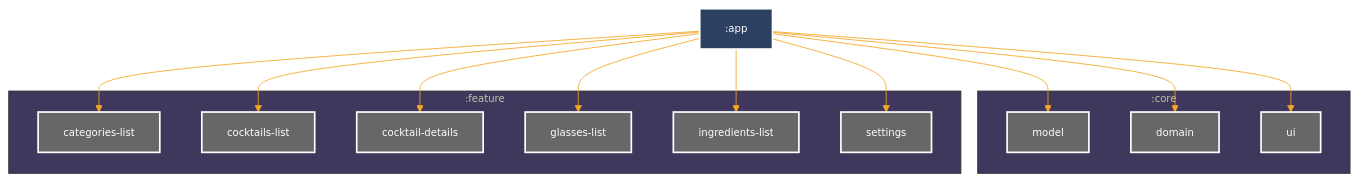
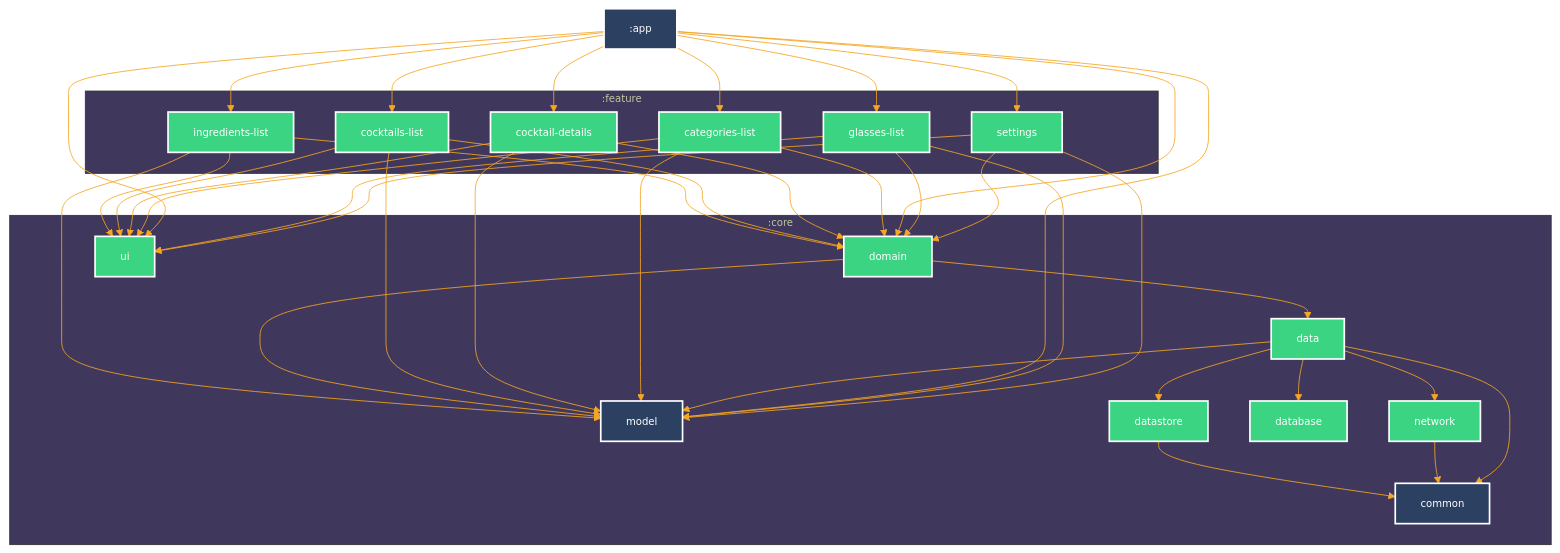
Before and after one commit to alexmprog/TheCocktails: the diagram in README.md, drawn with Mermaid. The commit also changed 2 other files, not shown here.

Commit message:
add all modules to graph

````diff
--- a/README.md
+++ b/README.md
@@ -39,15 +39,26 @@
     :core:model["model"]
     :core:domain["domain"]
     :core:ui["ui"]
+    :core:data["data"]
+    :core:network["network"]
+    :core:database["database"]
+    :core:datastore["datastore"]
+    :core:common["common"]
   end
   subgraph :feature
+    :feature:settings["settings"]
+    :feature:glasses-list["glasses-list"]
     :feature:categories-list["categories-list"]
     :feature:cocktails-list["cocktails-list"]
     :feature:cocktail-details["cocktail-details"]
-    :feature:glasses-list["glasses-list"]
     :feature:ingredients-list["ingredients-list"]
-    :feature:settings["settings"]
   end
+  :feature:settings --> :core:model
+  :feature:settings --> :core:domain
+  :feature:settings --> :core:ui
+  :feature:glasses-list --> :core:model
+  :feature:glasses-list --> :core:domain
+  :feature:glasses-list --> :core:ui
   :app --> :core:model
   :app --> :core:domain
   :app --> :core:ui
@@ -57,18 +68,45 @@
   :app --> :feature:glasses-list
   :app --> :feature:ingredients-list
   :app --> :feature:settings
+  :core:data --> :core:model
+  :core:data --> :core:network
+  :core:data --> :core:database
+  :core:data --> :core:datastore
+  :core:data --> :core:common
+  :core:network --> :core:common
+  :feature:categories-list --> :core:model
+  :feature:categories-list --> :core:domain
+  :feature:categories-list --> :core:ui
+  :feature:cocktail-details --> :core:model
+  :feature:cocktail-details --> :core:domain
+  :feature:cocktail-details --> :core:ui
+  :feature:cocktails-list --> :core:model
+  :feature:cocktails-list --> :core:domain
+  :feature:cocktails-list --> :core:ui
+  :core:domain --> :core:model
+  :core:domain --> :core:data
+  :core:datastore --> :core:common
+  :feature:ingredients-list --> :core:model
+  :feature:ingredients-list --> :core:domain
+  :feature:ingredients-list --> :core:ui
 
+classDef android-library fill:#3BD482,stroke:#fff,stroke-width:2px,color:#fff;
+classDef kotlin-jvm fill:#2C4162,stroke:#fff,stroke-width:2px,color:#fff;
 classDef android-application fill:#2C4162,stroke:#fff,stroke-width:2px,color:#fff;
-classDef unknown fill:#676767,stroke:#fff,stroke-width:2px,color:#fff;
+class :feature:settings android-library
+class :core:model kotlin-jvm
+class :core:domain android-library
+class :core:ui android-library
+class :feature:glasses-list android-library
 class :app android-application
-class :core:model unknown
-class :core:domain unknown
-class :core:ui unknown
-class :feature:categories-list unknown
-class :feature:cocktails-list unknown
-class :feature:cocktail-details unknown
-class :feature:glasses-list unknown
-class :feature:ingredients-list unknown
-class :feature:settings unknown
+class :feature:categories-list android-library
+class :feature:cocktails-list android-library
+class :feature:cocktail-details android-library
+class :feature:ingredients-list android-library
+class :core:data android-library
+class :core:network android-library
+class :core:database android-library
+class :core:datastore android-library
+class :core:common kotlin-jvm
 
 ```
````
